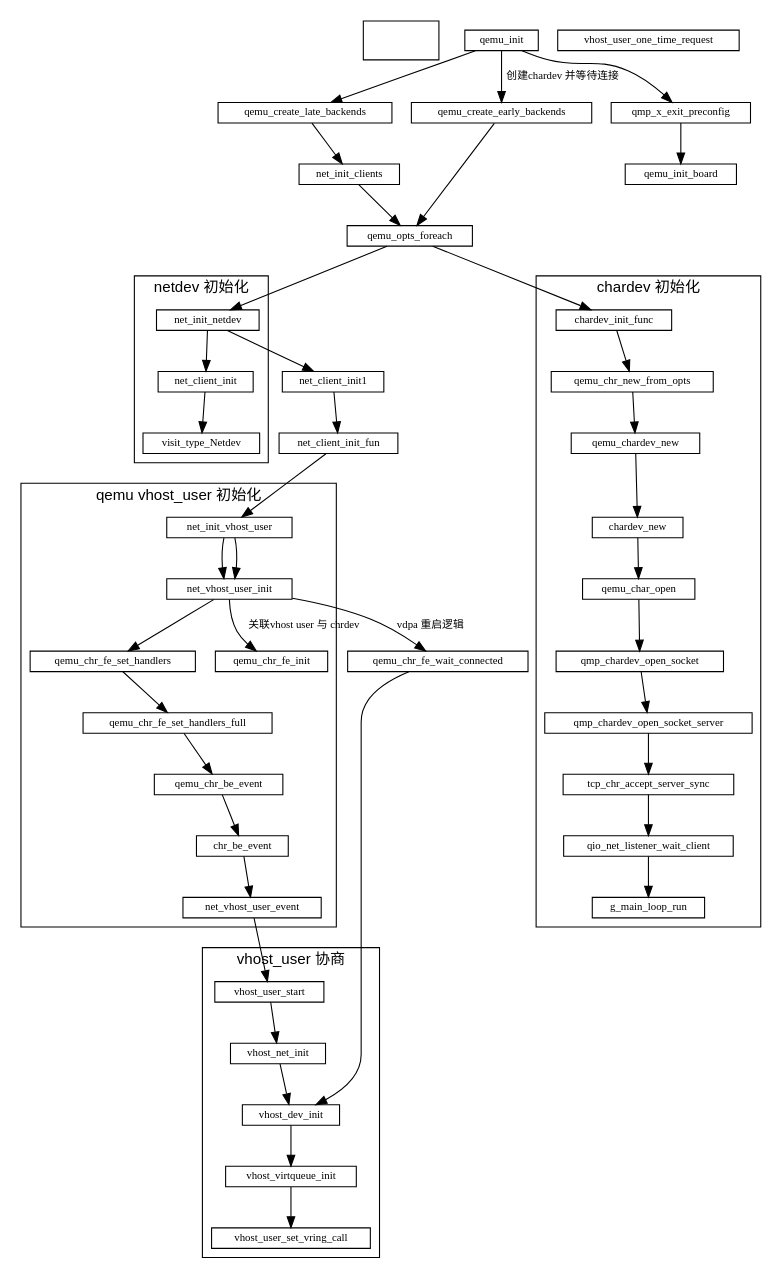
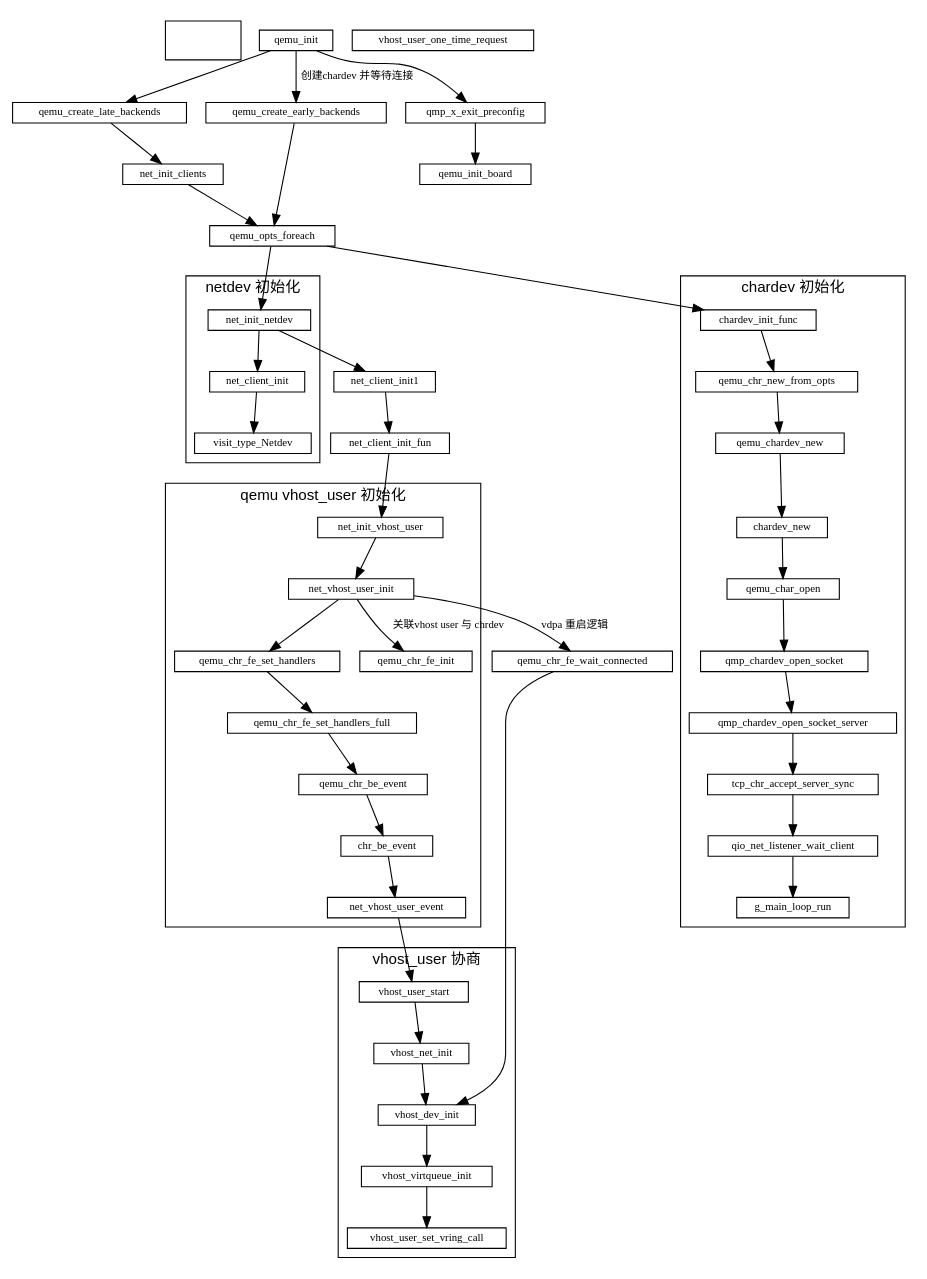
One commit to sisyphus1212/note changed the diagram in qemu/qemu初始化.md. Above: the diagram before and after it, drawn with Graphviz.

Commit message:
auto_update

```diff
--- a/qemu/qemu初始化.md
+++ b/qemu/qemu初始化.md
@@ -29,7 +29,7 @@
               -> net_client_init1
               -> net_client_init_fun
               -> net_init_vhost_user
-              -> net_vhost_user_init
+
               net_vhost_user_init -> qemu_chr_fe_wait_connected[label="vdpa 重启逻辑"]
               qemu_chr_fe_wait_connected
               -> vhost_dev_init
```
